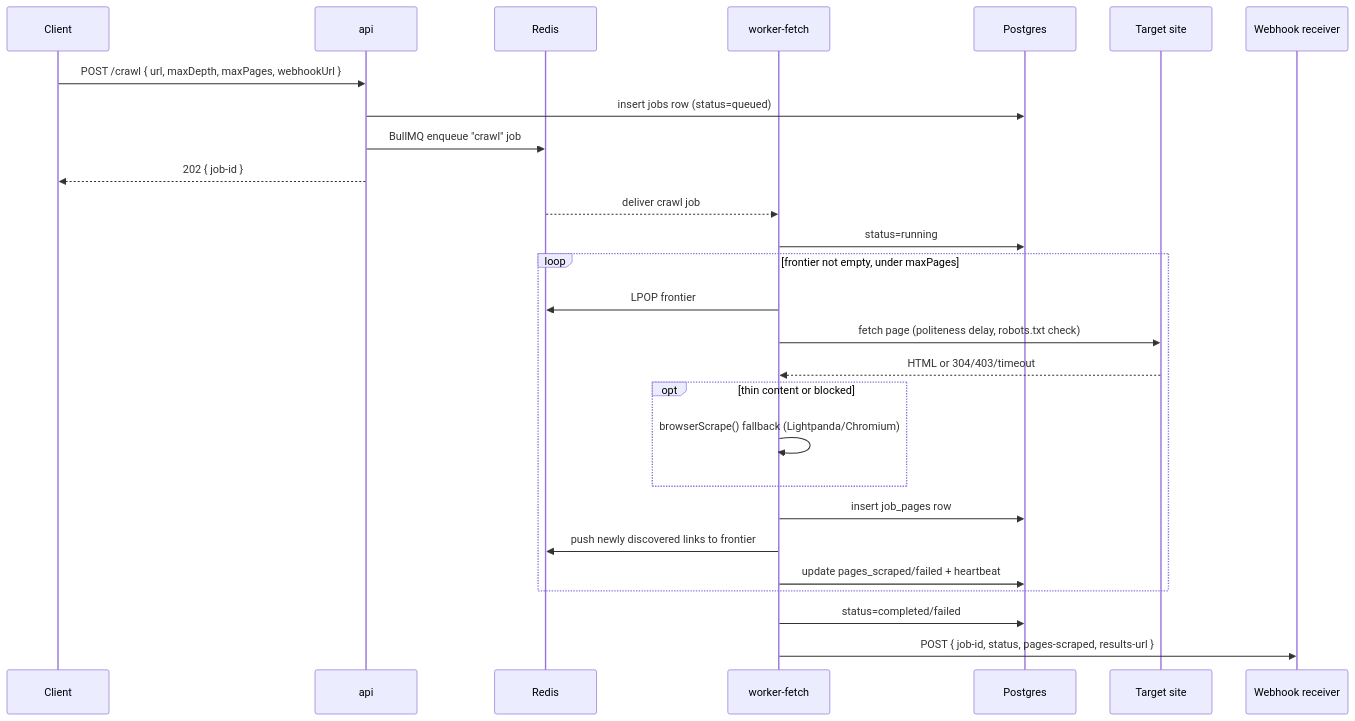
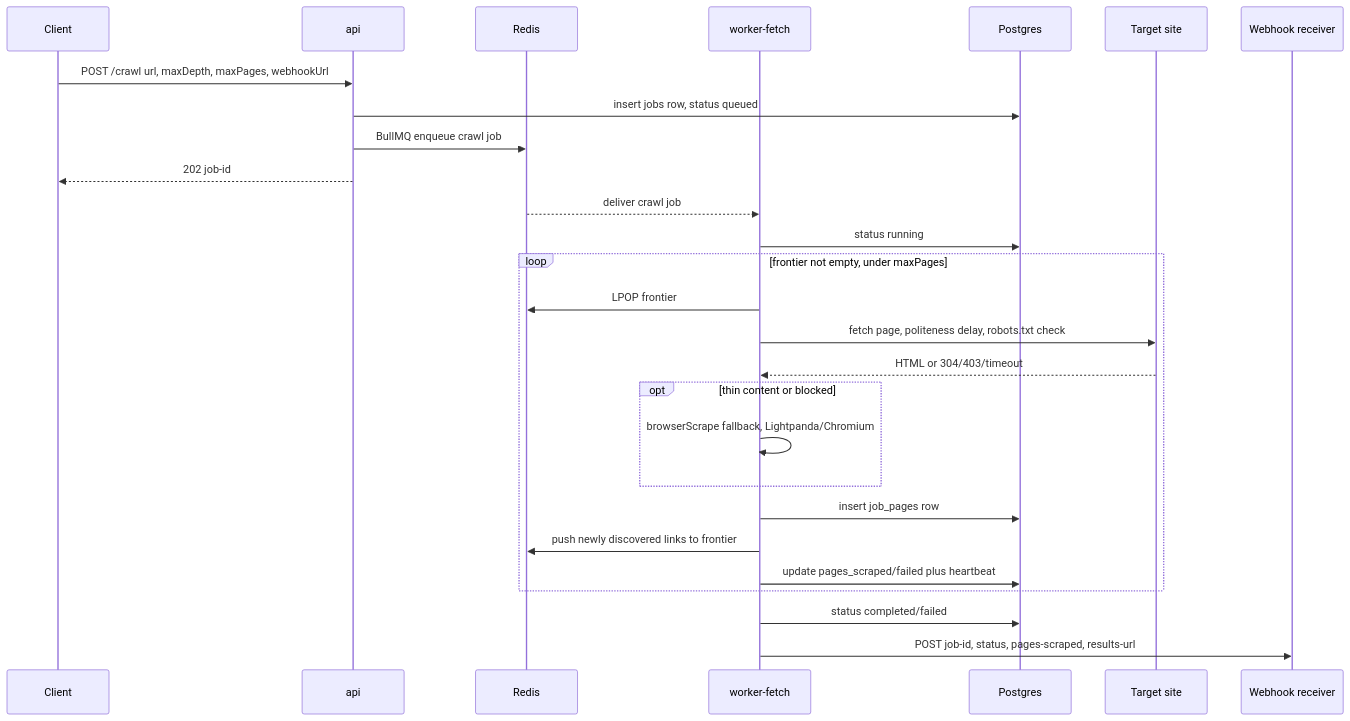
One commit to samuelorobosa/quarry changed the third of 5 diagrams in docs/architecture.md. Above: the diagram before and after it, drawn with Mermaid. The commit also changed other lines of this file and 6 other files, not shown here.

Commit message:
feat: update architecture documentation and remove obsolete files

````diff
--- a/docs/architecture.md
+++ b/docs/architecture.md
@@ -72,31 +72,31 @@
 ```mermaid
 sequenceDiagram
     participant Client
     participant API as api
     participant Redis
     participant Worker as worker-fetch
     participant Postgres
     participant Site as Target site
     participant Hook as Webhook receiver
 
-    Client->>API: POST /crawl { url, maxDepth, maxPages, webhookUrl }
-    API->>Postgres: insert jobs row (status=queued)
-    API->>Redis: BullMQ enqueue "crawl" job
-    API-->>Client: 202 { job-id }
+    Client->>API: POST /crawl url, maxDepth, maxPages, webhookUrl
+    API->>Postgres: insert jobs row, status queued
+    API->>Redis: BullMQ enqueue crawl job
+    API-->>Client: 202 job-id
 
     Redis-->>Worker: deliver crawl job
-    Worker->>Postgres: status=running
+    Worker->>Postgres: status running
     loop frontier not empty, under maxPages
         Worker->>Redis: LPOP frontier
-        Worker->>Site: fetch page (politeness delay, robots.txt check)
+        Worker->>Site: fetch page, politeness delay, robots.txt check
         Site-->>Worker: HTML or 304/403/timeout
         opt thin content or blocked
-            Worker->>Worker: browserScrape() fallback (Lightpanda/Chromium)
+            Worker->>Worker: browserScrape fallback, Lightpanda/Chromium
         end
         Worker->>Postgres: insert job_pages row
         Worker->>Redis: push newly discovered links to frontier
-        Worker->>Postgres: update pages_scraped/failed + heartbeat
+        Worker->>Postgres: update pages_scraped/failed plus heartbeat
     end
-    Worker->>Postgres: status=completed/failed
-    Worker->>Hook: POST { job-id, status, pages-scraped, results-url }
+    Worker->>Postgres: status completed/failed
+    Worker->>Hook: POST job-id, status, pages-scraped, results-url
 ```
````
